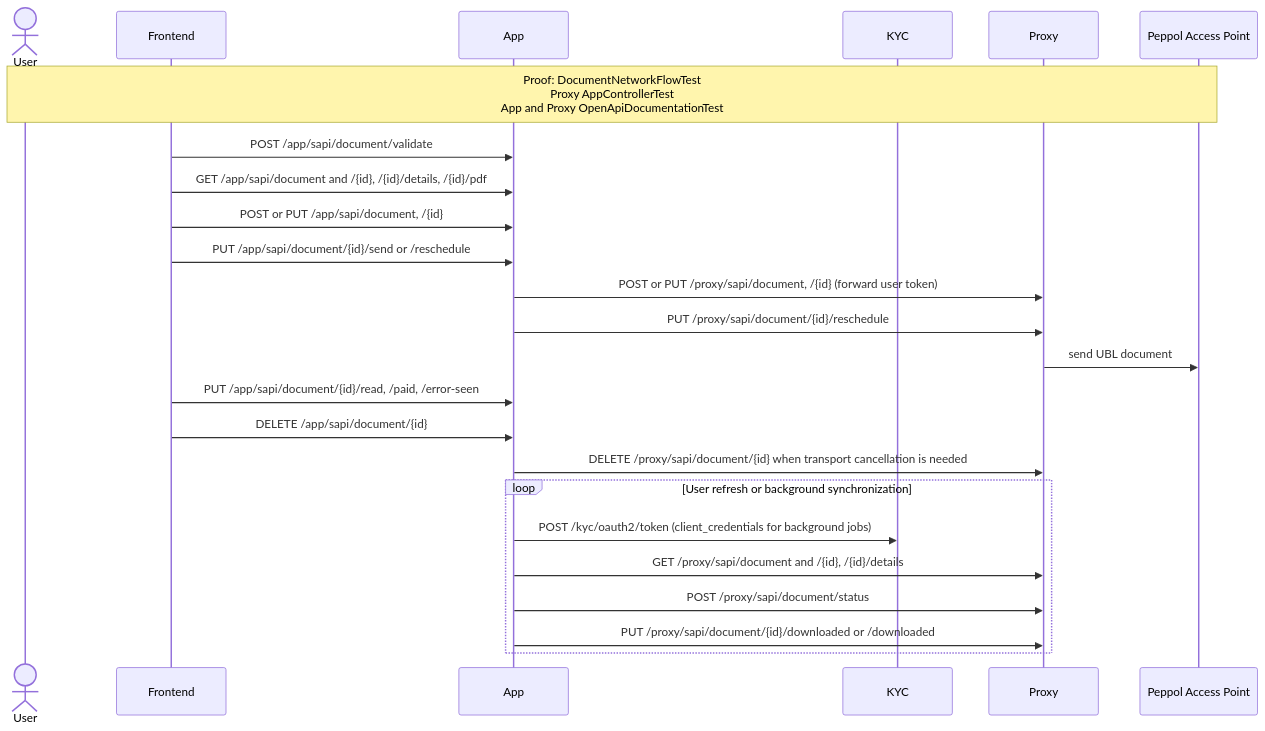
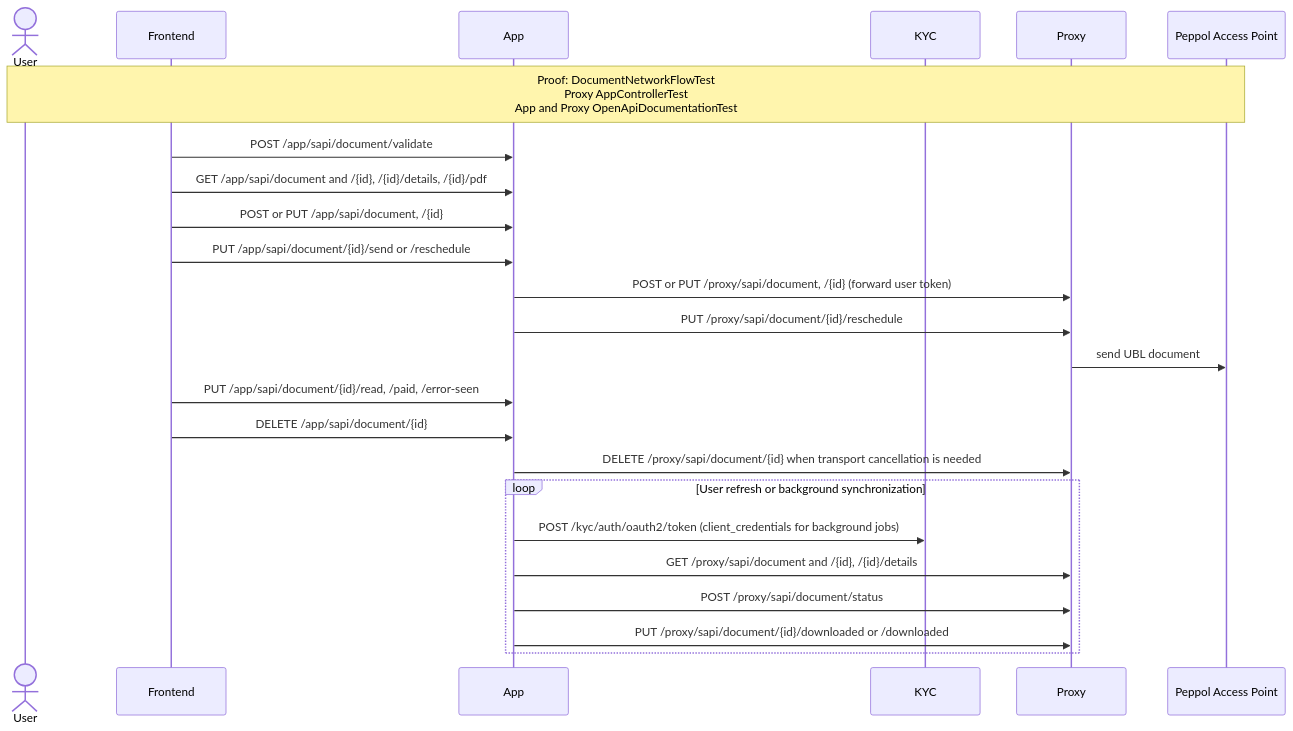
The diagram in readme/api-document-lifecycle.md (letspeppol/letspeppol), drawn with Mermaid before and after one commit. The commit also changed 32 other files, not shown here.

````diff
--- a/readme/api-document-lifecycle.md
+++ b/readme/api-document-lifecycle.md
@@ -8,27 +8,27 @@
 ```mermaid
 sequenceDiagram
     actor User
     participant UI as Frontend
     participant App
     participant KYC
     participant Proxy
     participant AP as Peppol Access Point
 
     Note over User,AP: Proof: DocumentNetworkFlowTest<br/>Proxy AppControllerTest<br/>App and Proxy OpenApiDocumentationTest
     UI->>App: POST /app/sapi/document/validate
     UI->>App: GET /app/sapi/document and /{id}, /{id}/details, /{id}/pdf
     UI->>App: POST or PUT /app/sapi/document, /{id}
     UI->>App: PUT /app/sapi/document/{id}/send or /reschedule
     App->>Proxy: POST or PUT /proxy/sapi/document, /{id} (forward user token)
     App->>Proxy: PUT /proxy/sapi/document/{id}/reschedule
     Proxy->>AP: send UBL document
     UI->>App: PUT /app/sapi/document/{id}/read, /paid, /error-seen
     UI->>App: DELETE /app/sapi/document/{id}
     App->>Proxy: DELETE /proxy/sapi/document/{id} when transport cancellation is needed
     loop User refresh or background synchronization
-        App->>KYC: POST /kyc/oauth2/token (client_credentials for background jobs)
+        App->>KYC: POST /kyc/auth/oauth2/token (client_credentials for background jobs)
         App->>Proxy: GET /proxy/sapi/document and /{id}, /{id}/details
         App->>Proxy: POST /proxy/sapi/document/status
         App->>Proxy: PUT /proxy/sapi/document/{id}/downloaded or /downloaded
     end
 ```
````
